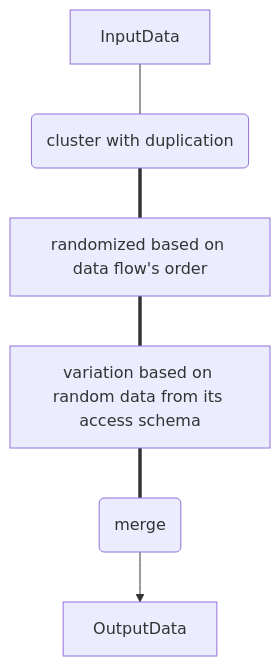
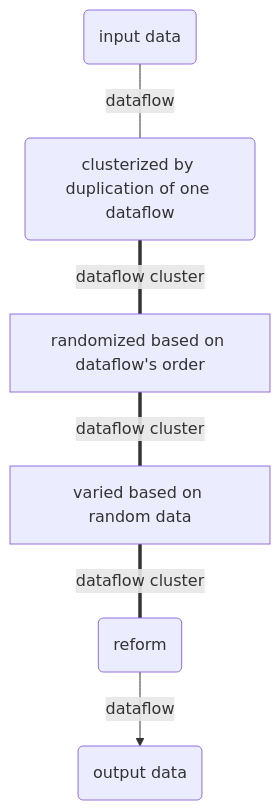
Before and after one commit to windwhiterain/Elf: diagram 15 of 16 in readme.md, drawn with Mermaid. The commit also changed other lines of this file and 2 other files, not shown here.

````diff
--- a/readme.md
+++ b/readme.md
@@ -320,10 +456,11 @@
 ```mermaid
 graph TB
-in[InputData]
-out[OutputData]
-cl(cluster with duplication)
-op1[randomized based on data flow's order]
-op2[variation based on random data from its access schema]
-me(merge)
-in--- cl=== op1=== op2=== me-->out
+    in(input data)
+    out(output data)
+    cl(clusterized by duplication of one dataflow)
+    op1[randomized based on dataflow's order]
+    op2[varied based on random data]
+    me(reform)
+    in--dataflow--- cl==dataflow cluster=== op1==dataflow cluster=== 
+    op2==dataflow cluster=== me--dataflow-->out
  ```
````
